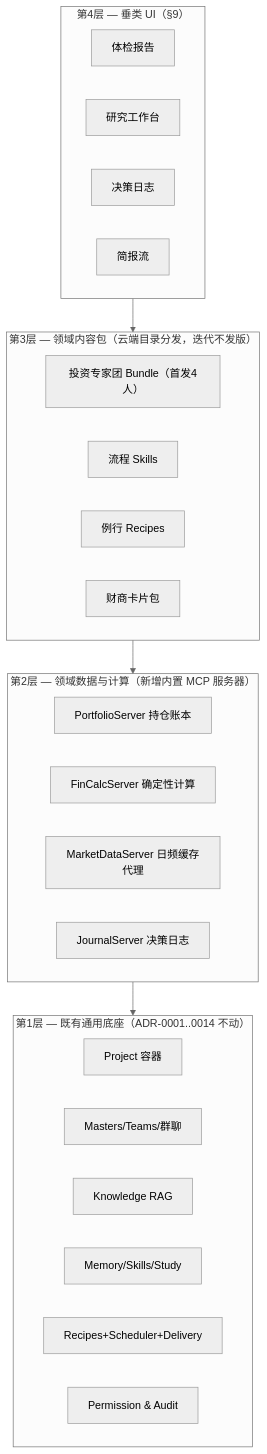
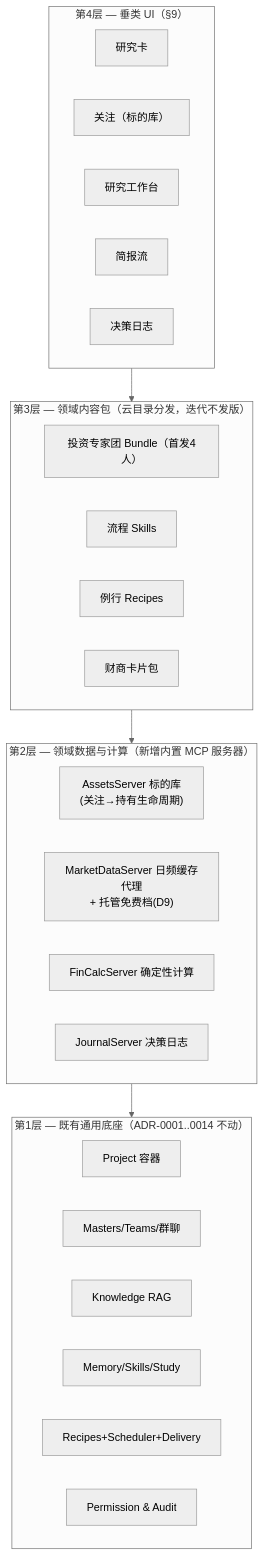
One commit to shushuo/masters changed the diagram in docs/11-investment-agent.md. Above: the diagram before and after it, drawn with Mermaid (neutral theme). The commit also changed other lines of this file, not shown here.

First line of the commit message:
docs: revise investment agent design to v3 — cancel checkup, ask-and-track entry

````diff
--- a/docs/11-investment-agent.md
+++ b/docs/11-investment-agent.md
@@ -181,18 +164,20 @@
 ```mermaid
 flowchart TB
     subgraph L4["第4层 — 垂类 UI（§9）"]
-        Checkup["体检报告"] ; Research["研究工作台"] ; Journal["决策日志"] ; Brief["简报流"]
+        Card["研究卡"] ; Watch["关注（标的库）"] ; Research["研究工作台"] ; Brief["简报流"] ; Journal["决策日志"]
     end
-    subgraph L3["第3层 — 领域内容包（云端目录分发，迭代不发版）"]
+    subgraph L3["第3层 — 领域内容包（云目录分发，迭代不发版）"]
         Team["投资专家团 Bundle（首发4人）"] ; Skl["流程 Skills"] ; Rcp["例行 Recipes"] ; Deck["财商卡片包"]
     end
     subgraph L2["第2层 — 领域数据与计算（新增内置 MCP 服务器）"]
-        Ledger["PortfolioServer 持仓账本"] ; Fin["FinCalcServer 确定性计算"]
-        Mkt["MarketDataServer 日频缓存代理"] ; Jrnl["JournalServer 决策日志"]
+        Assets["AssetsServer 标的库\n(关注→持有生命周期)"]
+        Mkt["MarketDataServer 日频缓存代理\n+ 托管免费档(D9)"]
+        Fin["FinCalcServer 确定性计算"]
+        Jrnl["JournalServer 决策日志"]
     end
     subgraph L1["第1层 — 既有通用底座（ADR-0001..0014 不动）"]
         Proj["Project 容器"] ; Masters["Masters/Teams/群聊"] ; RAG["Knowledge RAG"]
         Mem["Memory/Skills/Study"] ; Sched["Recipes+Scheduler+Delivery"] ; Gate["Permission & Audit"]
     end
     L4 --> L3 --> L2 --> L1
 ```
````
